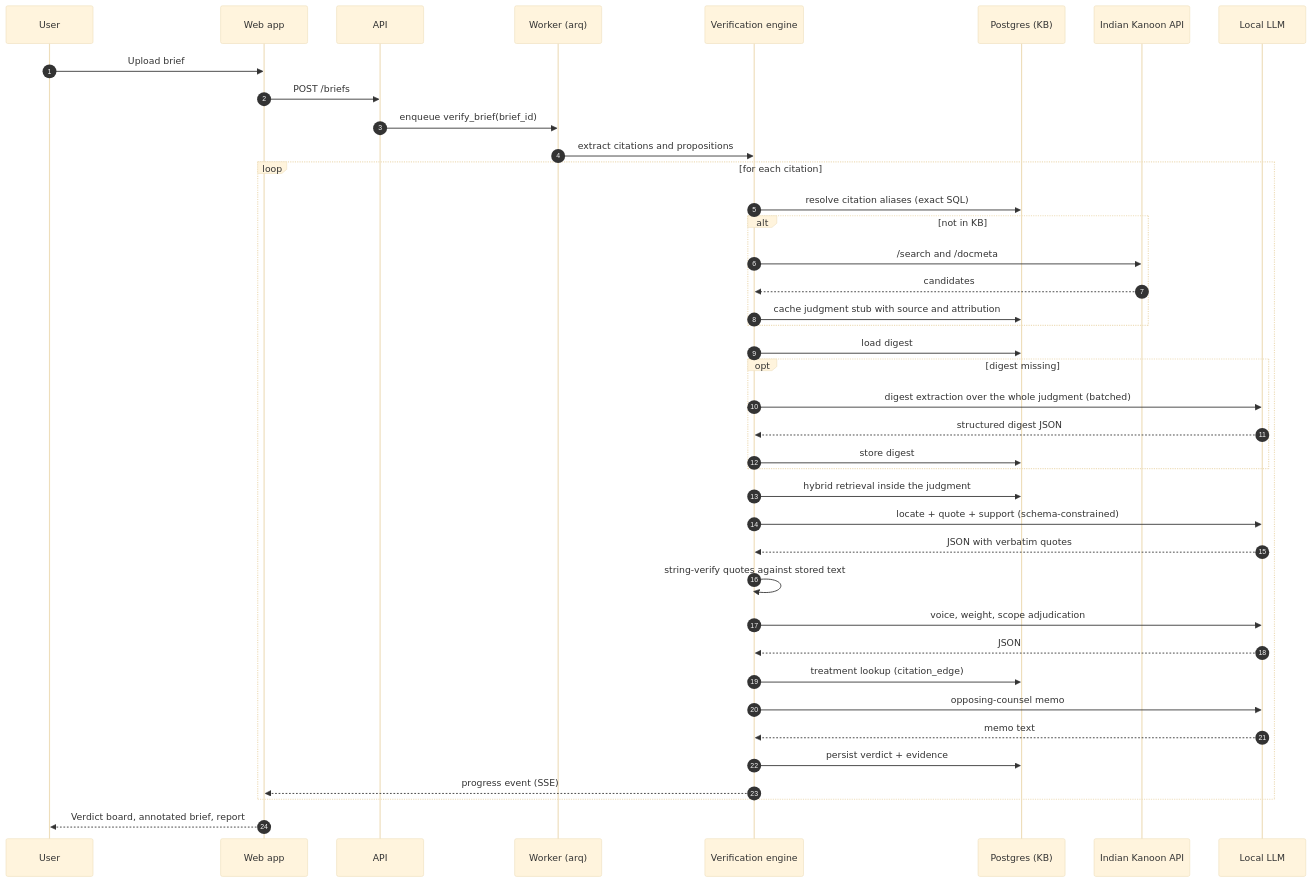
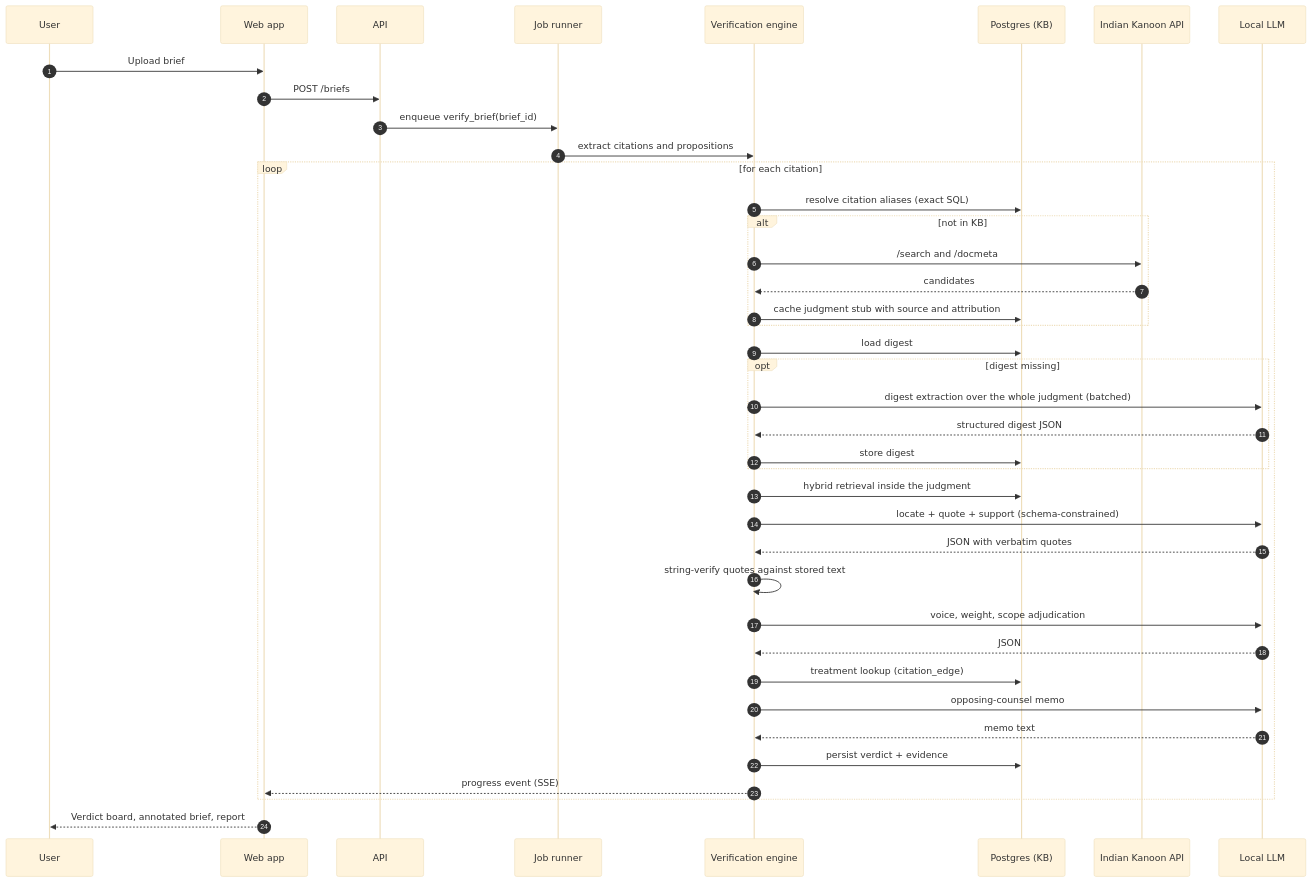
Before and after one commit to INSANE0777/order-order: the fourth of 9 diagrams in docs/ARCHITECTURE.md, drawn with Mermaid (base theme). The commit also changed other lines of this file and 4 other files, not shown here.

````diff
--- a/docs/ARCHITECTURE.md
+++ b/docs/ARCHITECTURE.md
@@ -259,42 +259,42 @@
 ```mermaid
 sequenceDiagram
     autonumber
     participant U as User
     participant W as Web app
     participant A as API
-    participant Q as Worker (arq)
+    participant Q as Job runner
     participant E as Verification engine
     participant DB as Postgres (KB)
     participant IK as Indian Kanoon API
     participant M as Local LLM
     U->>W: Upload brief
     W->>A: POST /briefs
     A->>Q: enqueue verify_brief(brief_id)
     Q->>E: extract citations and propositions
     loop for each citation
         E->>DB: resolve citation aliases (exact SQL)
         alt not in KB
             E->>IK: /search and /docmeta
             IK-->>E: candidates
             E->>DB: cache judgment stub with source and attribution
         end
         E->>DB: load digest
         opt digest missing
             E->>M: digest extraction over the whole judgment (batched)
             M-->>E: structured digest JSON
             E->>DB: store digest
         end
         E->>DB: hybrid retrieval inside the judgment
         E->>M: locate + quote + support (schema-constrained)
         M-->>E: JSON with verbatim quotes
         E->>E: string-verify quotes against stored text
         E->>M: voice, weight, scope adjudication
         M-->>E: JSON
         E->>DB: treatment lookup (citation_edge)
         E->>M: opposing-counsel memo
         M-->>E: memo text
         E->>DB: persist verdict + evidence
         E-->>W: progress event (SSE)
     end
     W-->>U: Verdict board, annotated brief, report
 ```
````
